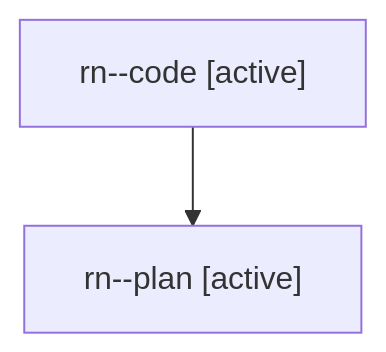
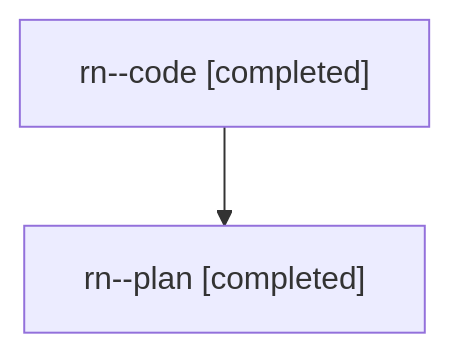
The diagram in families/bbugyi200.athena.rn.md (sase-org/sase--agents), drawn with Mermaid before and after one commit. The commit also changed other lines of this file and 378 other files, not shown here.

````diff
--- a/families/bbugyi200.athena.rn.md
+++ b/families/bbugyi200.athena.rn.md
@@ -9,6 +9,6 @@
 ```mermaid
 flowchart TD
-  n0["rn--code [active]"]
-  n1["rn--plan [active]"]
+  n0["rn--code [completed]"]
+  n1["rn--plan [completed]"]
   n0 --> n1
 ```
````
